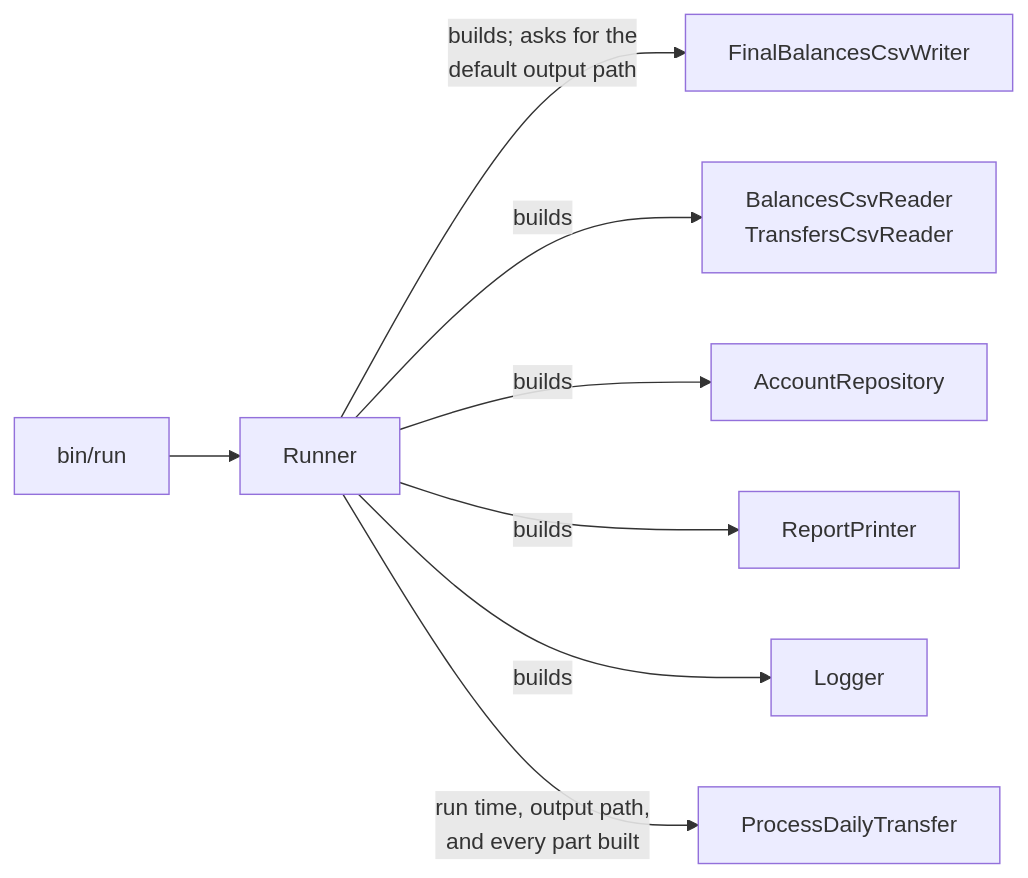
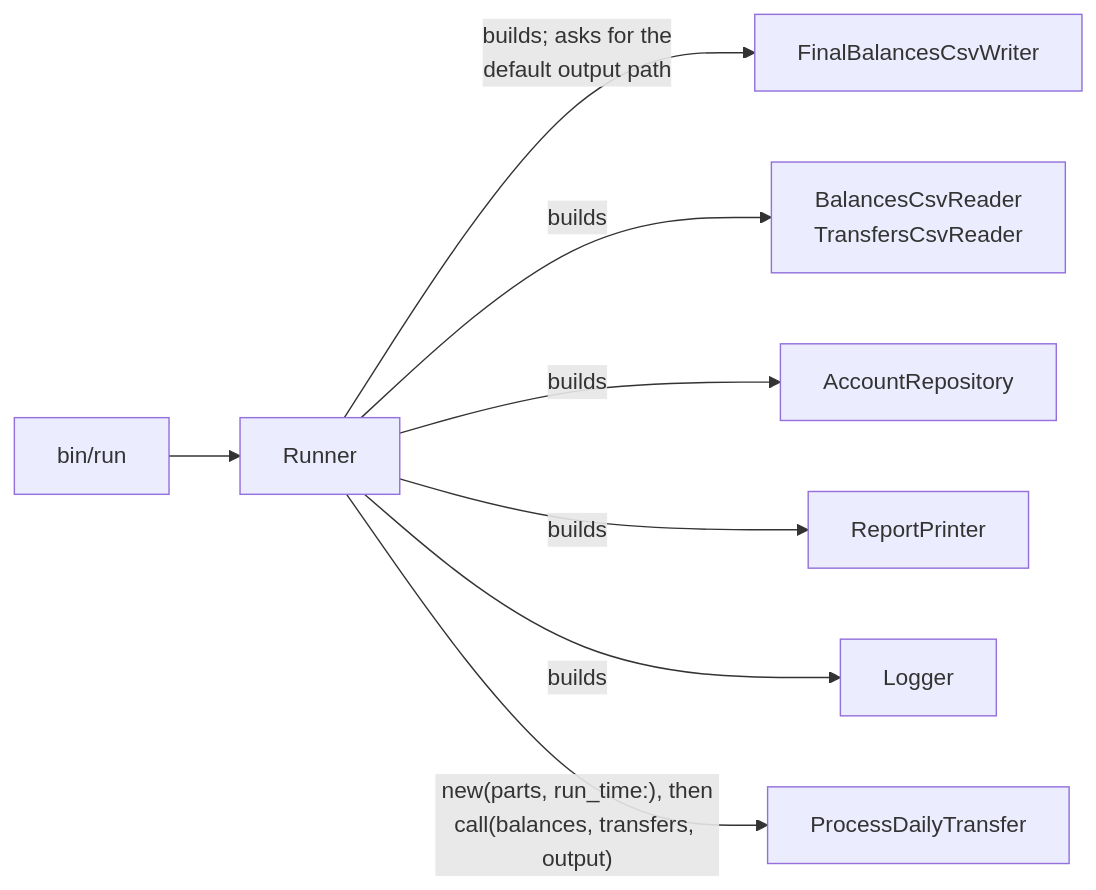
The second of 5 diagrams in docs/solution-design/05-high-level-design.md (hetal-patel78/mable-backend-code-challenge), drawn with Mermaid before and after one commit. The commit also changed other lines of this file, not shown here.

````diff
--- a/docs/solution-design/05-high-level-design.md
+++ b/docs/solution-design/05-high-level-design.md
@@ -51,19 +52,19 @@
 ```mermaid
 flowchart LR
     Bin["bin/run"]
     Run["Runner"]
     PDT["ProcessDailyTransfer"]
     Rd["BalancesCsvReader<br/>TransfersCsvReader"]
     W["FinalBalancesCsvWriter"]
     Repo["AccountRepository"]
     RP["ReportPrinter"]
     Log["Logger"]
 
     Bin --> Run
     Run -- "builds; asks for the<br/>default output path" --> W
     Run -- "builds" --> Rd
     Run -- "builds" --> Repo
     Run -- "builds" --> RP
     Run -- "builds" --> Log
-    Run -- "run time, output path,<br/>and every part built" --> PDT
+    Run -- "new(parts, run_time:), then<br/>call(balances, transfers, output)" --> PDT
 ```
````
